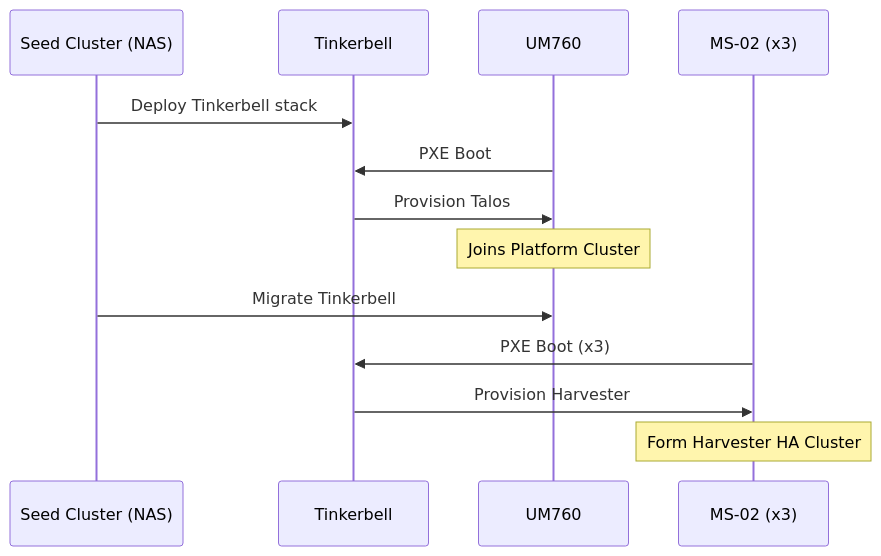
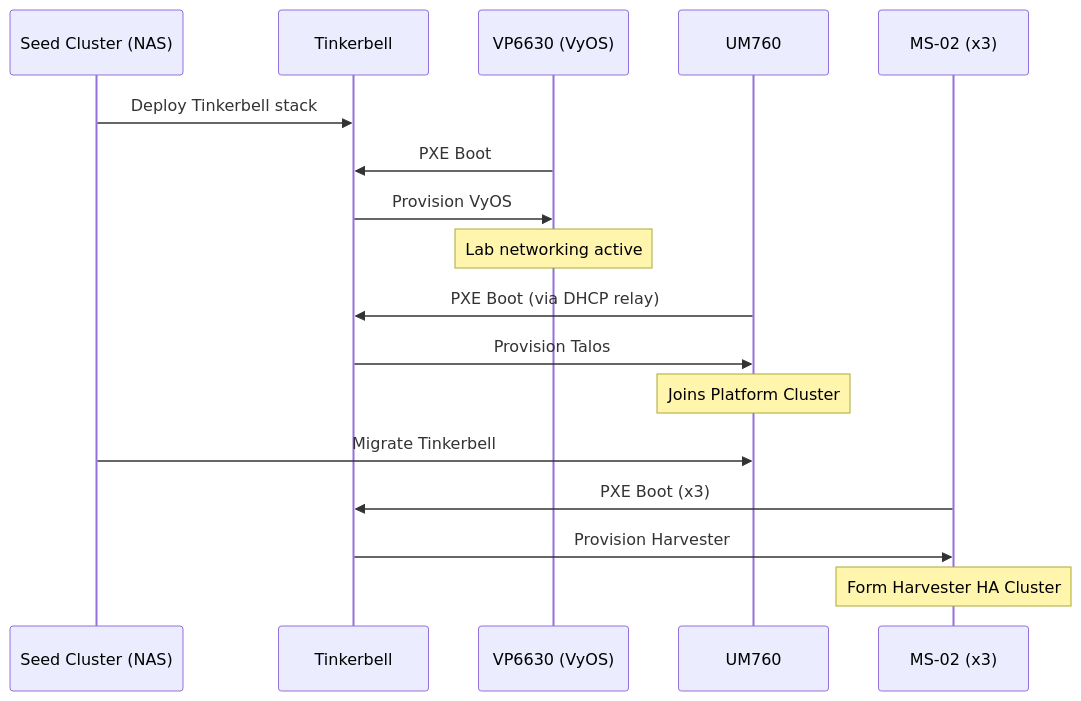
One commit to GilmanLab/lab changed the diagram in docs/architecture/05_building_blocks/02_tinkerbell_provisioning.md. Above: the diagram before and after it, drawn with Mermaid. The commit also changed other lines of this file and 14 other files, not shown here.

````diff
--- a/docs/architecture/05_building_blocks/02_tinkerbell_provisioning.md
+++ b/docs/architecture/05_building_blocks/02_tinkerbell_provisioning.md
@@ -90,16 +91,20 @@
 ```mermaid
 sequenceDiagram
     participant NAS as Seed Cluster (NAS)
     participant Tink as Tinkerbell
+    participant VyOS as VP6630 (VyOS)
     participant UM as UM760
     participant MS as MS-02 (x3)
 
     NAS->>Tink: Deploy Tinkerbell stack
-    UM->>Tink: PXE Boot
+    VyOS->>Tink: PXE Boot
+    Tink->>VyOS: Provision VyOS
+    Note over VyOS: Lab networking active
+    UM->>Tink: PXE Boot (via DHCP relay)
     Tink->>UM: Provision Talos
     Note over UM: Joins Platform Cluster
     NAS->>UM: Migrate Tinkerbell
     MS->>Tink: PXE Boot (x3)
     Tink->>MS: Provision Harvester
     Note over MS: Form Harvester HA Cluster
 ```
````
